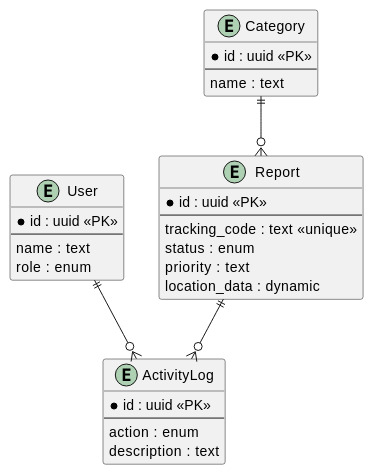
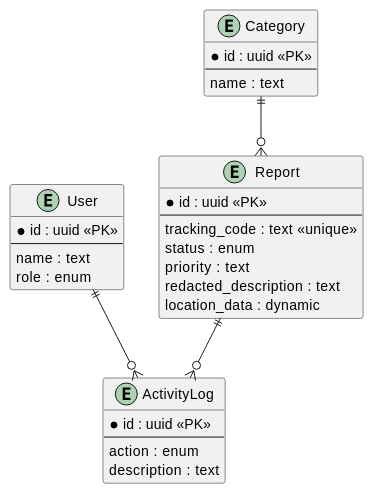
The diagram in docs/12-modelo-de-dados.md (Allysonfreitas210695/AnonProtect), drawn with PlantUML before and after one commit. The commit also changed other lines of this file and 6 other files, not shown here.

````diff
--- a/docs/12-modelo-de-dados.md
+++ b/docs/12-modelo-de-dados.md
@@ -33,36 +34,37 @@
 ```plantuml
 @startuml
 entity "User" as user {
   *id : uuid <<PK>>
   --
   name : text
   role : enum
 }
 
 entity "Report" as report {
   *id : uuid <<PK>>
   --
   tracking_code : text <<unique>>
   status : enum
   priority : text
+  redacted_description : text
   location_data : dynamic
 }
 
 entity "Category" as category {
   *id : uuid <<PK>>
   --
   name : text
 }
 
 entity "ActivityLog" as log {
   *id : uuid <<PK>>
   --
   action : enum
   description : text
 }
 
 report ||--o{ log
 category ||--o{ report
 user ||--o{ log
 @enduml
 ```
````
